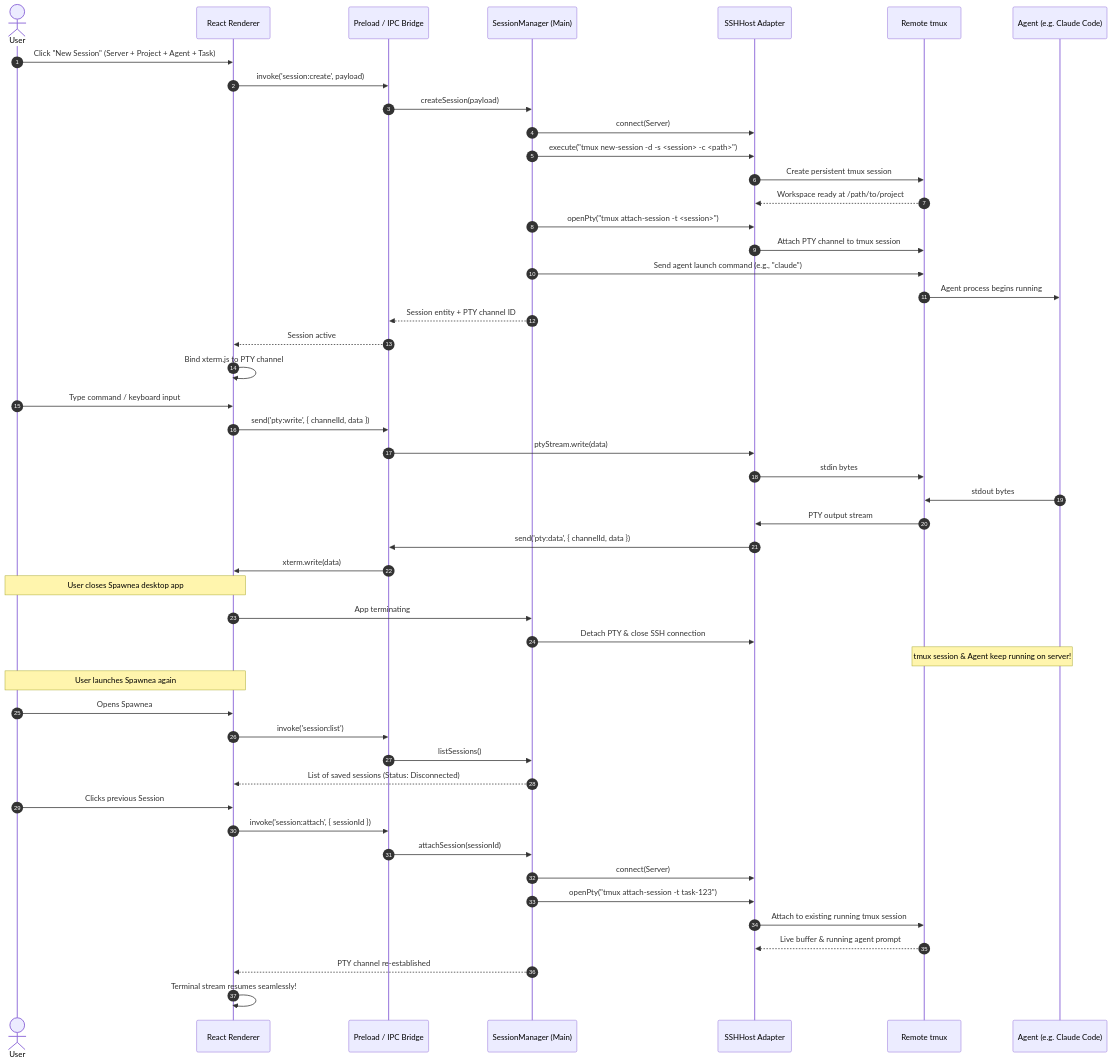
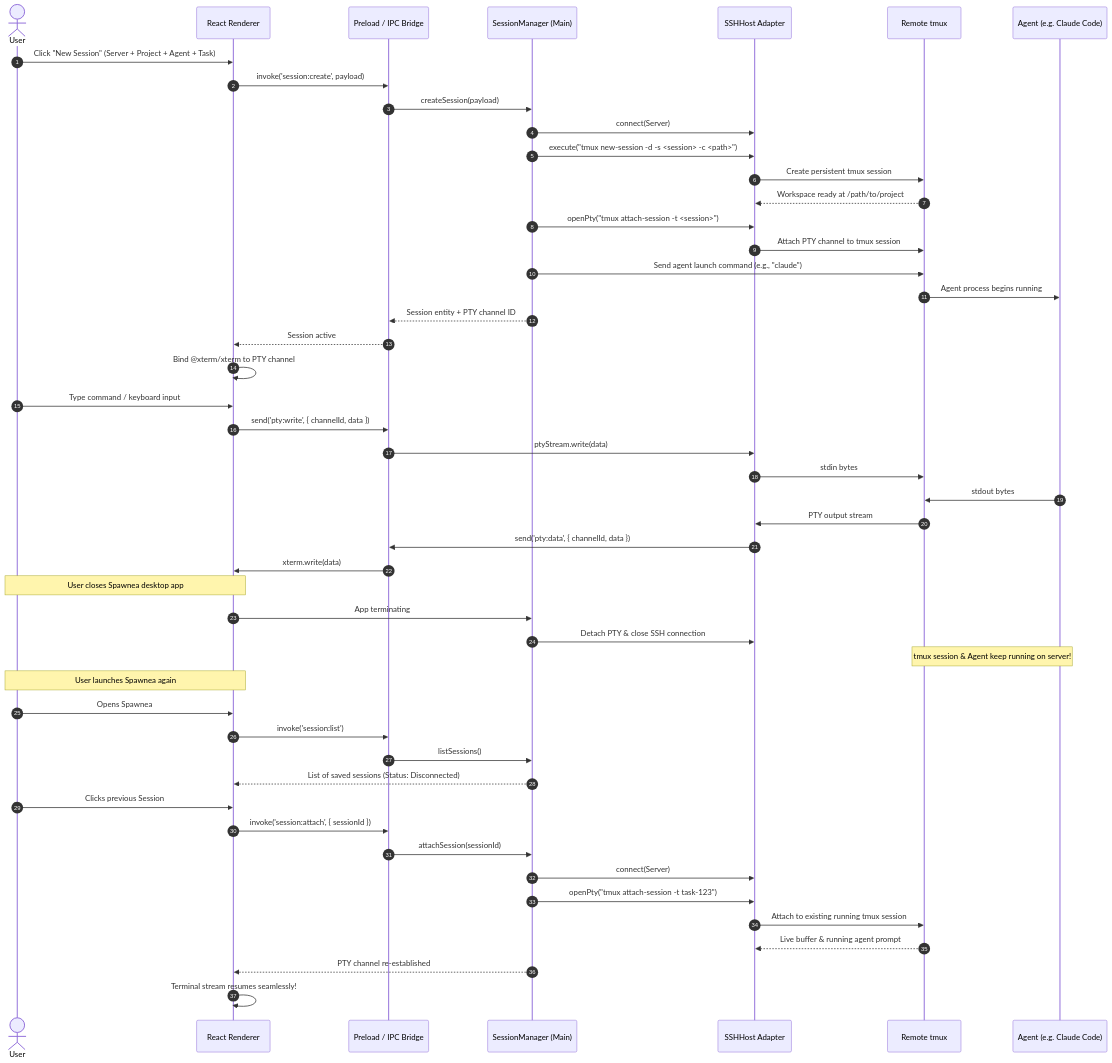
One commit to Growth-Push/spawnea changed the third of 3 diagrams in docs/architecture.md. Above: the diagram before and after it, drawn with Mermaid. The commit also changed other lines of this file and 9 other files, not shown here.

````diff
--- a/docs/architecture.md
+++ b/docs/architecture.md
@@ -425,58 +403,58 @@
 ```mermaid
 sequenceDiagram
     autonumber
     actor User
     participant UI as React Renderer
     participant IPC as Preload / IPC Bridge
     participant SM as SessionManager (Main)
     participant HA as SSHHost Adapter
     participant TMUX as Remote tmux
     participant AGENT as Agent (e.g. Claude Code)
 
     %% Session Creation
     User->>UI: Click "New Session" (Server + Project + Agent + Task)
     UI->>IPC: invoke('session:create', payload)
     IPC->>SM: createSession(payload)
     SM->>HA: connect(Server)
     SM->>HA: execute("tmux new-session -d -s <session> -c <path>")
     HA->>TMUX: Create persistent tmux session
     TMUX-->>HA: Workspace ready at /path/to/project
     SM->>HA: openPty("tmux attach-session -t <session>")
     HA->>TMUX: Attach PTY channel to tmux session
     SM->>TMUX: Send agent launch command (e.g., "claude")
     TMUX->>AGENT: Agent process begins running
     SM-->>IPC: Session entity + PTY channel ID
     IPC-->>UI: Session active
-    UI->>UI: Bind xterm.js to PTY channel
+    UI->>UI: Bind @xterm/xterm to PTY channel
 
     %% Interactive Terminal Flow
     User->>UI: Type command / keyboard input
     UI->>IPC: send('pty:write', { channelId, data })
     IPC->>HA: ptyStream.write(data)
     HA->>TMUX: stdin bytes
     AGENT->>TMUX: stdout bytes
     TMUX->>HA: PTY output stream
     HA->>IPC: send('pty:data', { channelId, data })
     IPC->>UI: xterm.write(data)
 
     %% App Restart / Reconnect Flow
     Note over User, UI: User closes Spawnea desktop app
     UI->>SM: App terminating
     SM->>HA: Detach PTY & close SSH connection
     Note over TMUX, AGENT: tmux session & Agent keep running on server!
 
     Note over User, UI: User launches Spawnea again
     User->>UI: Opens Spawnea
     UI->>IPC: invoke('session:list')
     IPC->>SM: listSessions()
     SM-->>UI: List of saved sessions (Status: Disconnected)
     User->>UI: Clicks previous Session
     UI->>IPC: invoke('session:attach', { sessionId })
     IPC->>SM: attachSession(sessionId)
     SM->>HA: connect(Server)
     SM->>HA: openPty("tmux attach-session -t task-123")
     HA->>TMUX: Attach to existing running tmux session
     TMUX-->>HA: Live buffer & running agent prompt
     SM-->>UI: PTY channel re-established
     UI->>UI: Terminal stream resumes seamlessly!
 ```
````
